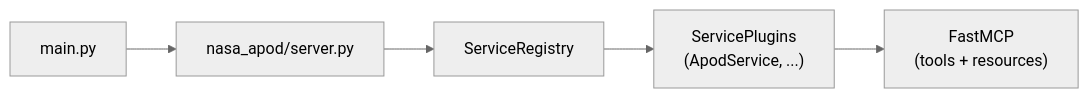
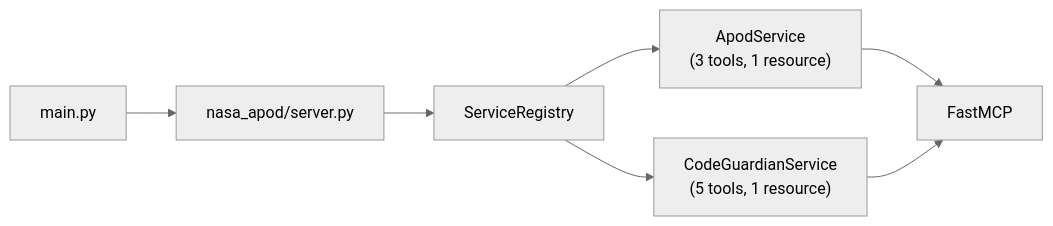
Before and after one commit to decagondev/MCP-Factory: the diagram in CLAUDE.md, drawn with Mermaid (neutral theme). The commit also changed other lines of this file, not shown here.

First line of the commit message:
Update CLAUDE.md with Code Guardian service documentation

````diff
--- a/CLAUDE.md
+++ b/CLAUDE.md
@@ -20,7 +20,9 @@
 ```mermaid
 flowchart LR
     Main["main.py"] --> Server["nasa_apod/server.py"]
     Server --> Reg["ServiceRegistry"]
-    Reg --> Plugins["ServicePlugins<br/>(ApodService, ...)"]
-    Plugins --> MCP["FastMCP<br/>(tools + resources)"]
+    Reg --> APOD["ApodService<br/>(3 tools, 1 resource)"]
+    Reg --> CG["CodeGuardianService<br/>(5 tools, 1 resource)"]
+    APOD --> MCP["FastMCP"]
+    CG --> MCP
 ```
````
